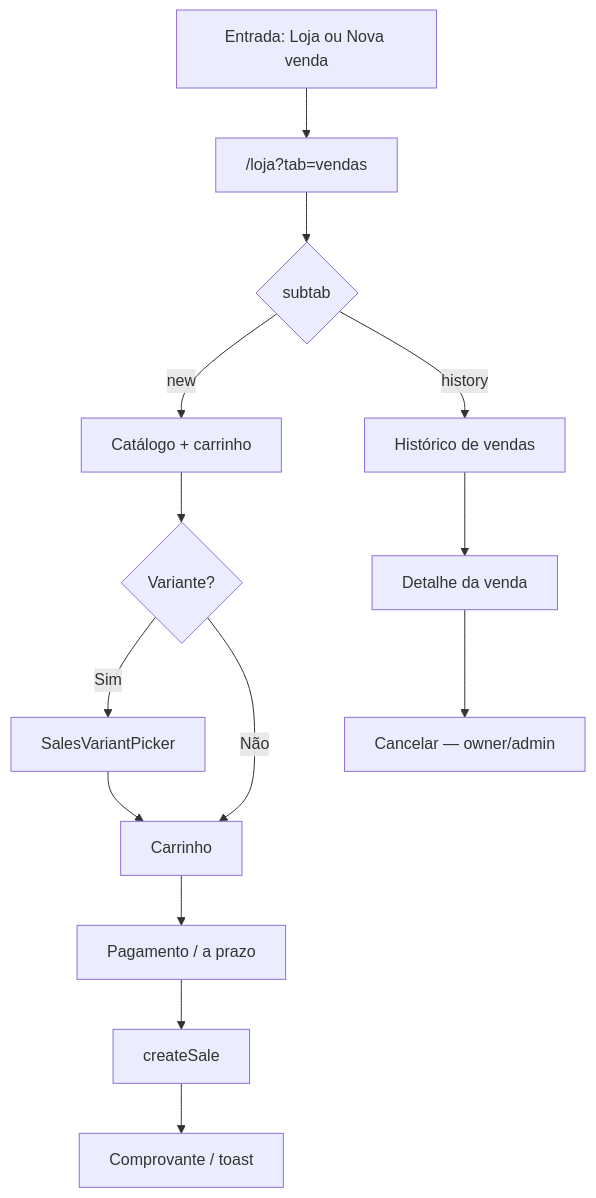
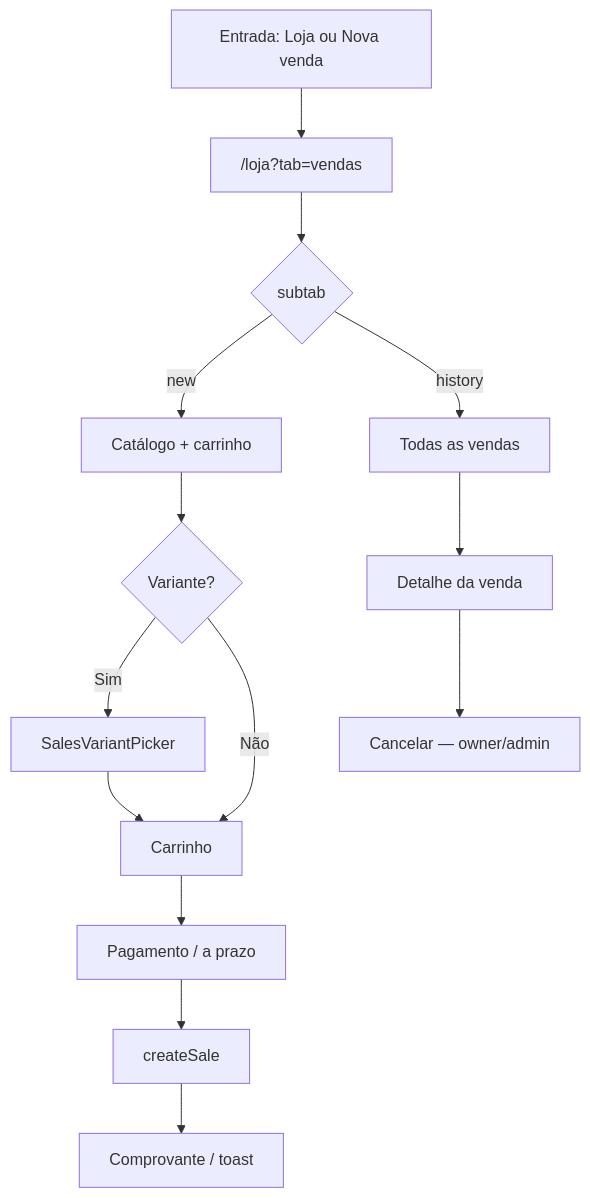
The diagram in docs/flows/vendas/pdv-nova-venda.md (brunaamaralp/bjj), drawn with Mermaid before and after one commit. The commit also changed other lines of this file and 12 other files, not shown here.

````diff
--- a/docs/flows/vendas/pdv-nova-venda.md
+++ b/docs/flows/vendas/pdv-nova-venda.md
@@ -32,16 +32,16 @@
 ```mermaid
 flowchart TD
   entry[Entrada: Loja ou Nova venda] --> hub["/loja?tab=vendas"]
   hub --> sub{subtab}
   sub -->|new| catalog[Catálogo + carrinho]
-  sub -->|history| hist[Histórico de vendas]
+  sub -->|history| hist[Todas as vendas]
   catalog --> variant{Variante?}
   variant -->|Sim| picker[SalesVariantPicker]
   variant -->|Não| cart[Carrinho]
   picker --> cart
   cart --> pay[Pagamento / a prazo]
   pay --> submit[createSale]
   submit --> receipt[Comprovante / toast]
   hist --> detail[Detalhe da venda]
   detail --> cancel[Cancelar — owner/admin]
 ```
````
